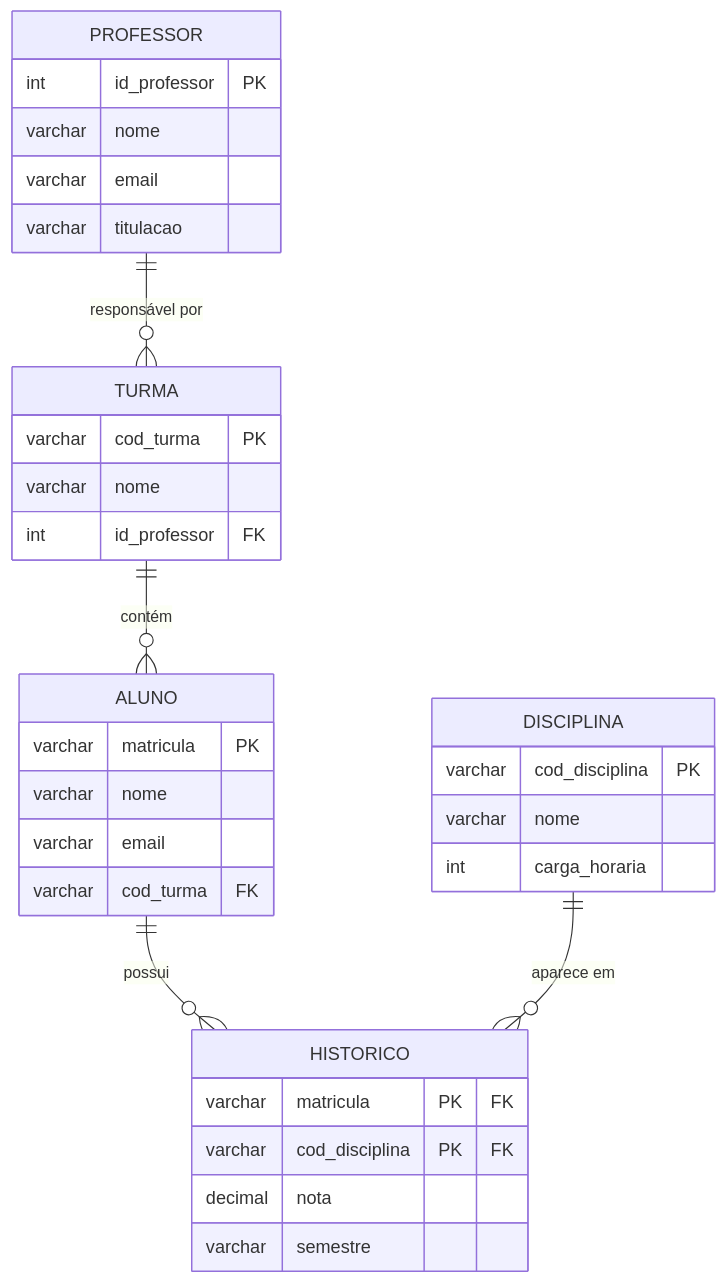
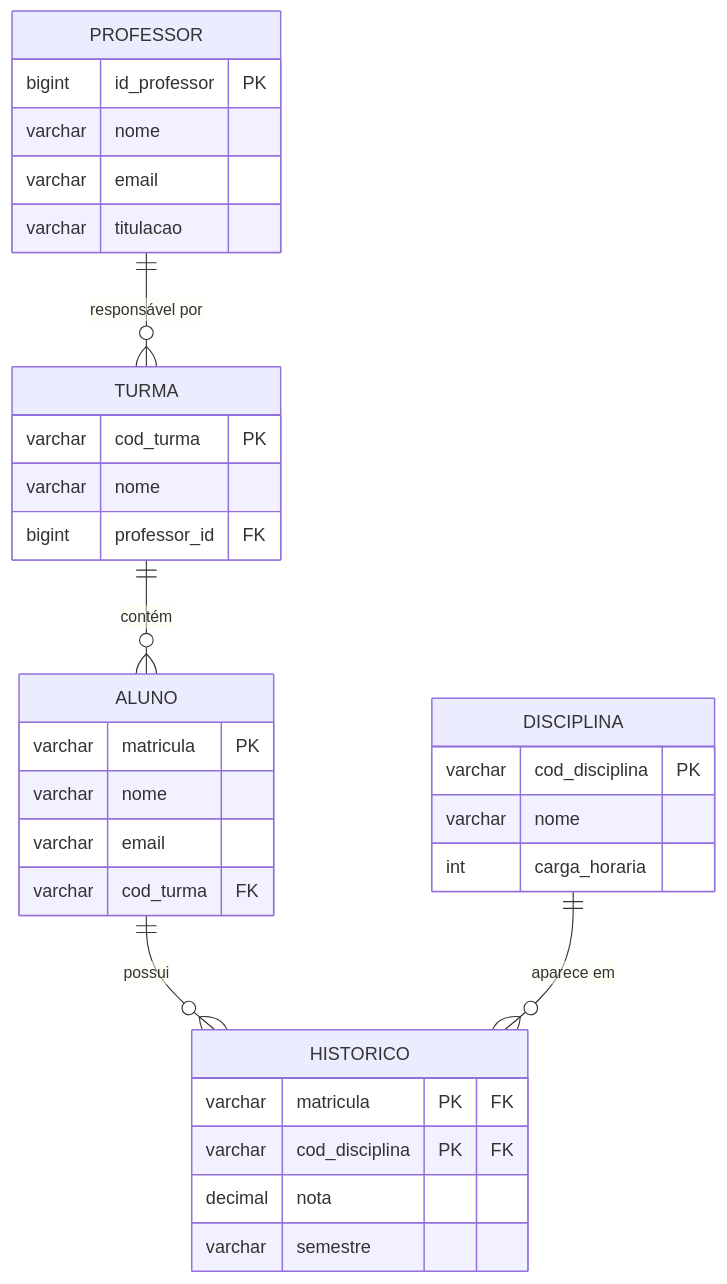
Before and after one commit to DSM-Fatec-Jahu/Banco-de-Dados-Relacional-IBD015: the sixth of 8 diagrams in aulas/Aula_02_Normalizacao.md, drawn with Mermaid. The commit also changed other lines of this file and 13 other files, not shown here.

````diff
--- a/aulas/Aula_02_Normalizacao.md
+++ b/aulas/Aula_02_Normalizacao.md
@@ -449,40 +449,40 @@
 ```mermaid
 erDiagram
     PROFESSOR {
-        int id_professor PK
+        bigint id_professor PK
         varchar nome
         varchar email
         varchar titulacao
     }
 
     TURMA {
         varchar cod_turma PK
         varchar nome
-        int id_professor FK
+        bigint professor_id FK
     }
 
     DISCIPLINA {
         varchar cod_disciplina PK
         varchar nome
         int carga_horaria
     }
 
     ALUNO {
         varchar matricula PK
         varchar nome
         varchar email
         varchar cod_turma FK
     }
 
     HISTORICO {
         varchar matricula PK "FK"
         varchar cod_disciplina PK "FK"
         decimal nota
         varchar semestre
     }
 
     PROFESSOR ||--o{ TURMA : "responsável por"
     TURMA ||--o{ ALUNO : "contém"
     ALUNO ||--o{ HISTORICO : "possui"
     DISCIPLINA ||--o{ HISTORICO : "aparece em"
 ```
````
